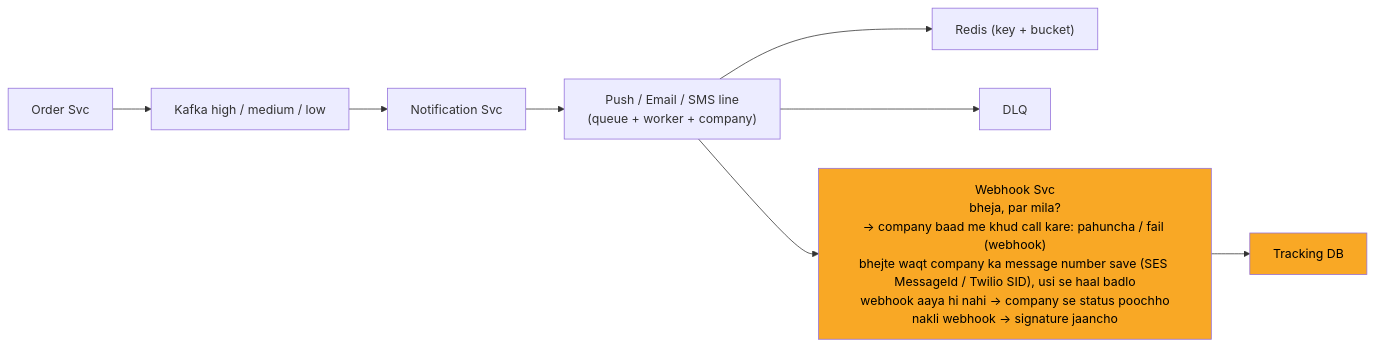
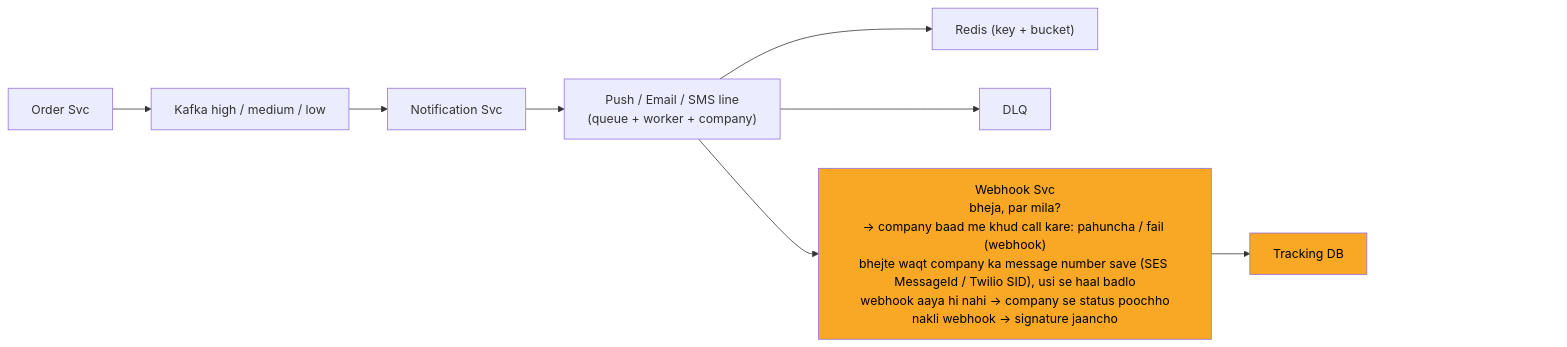
One commit to ArpanMaheshwari144/Prep changed the tenth of 13 diagrams in 04_HLD/SYSTEM_DESIGNS/04_notification_system/04_notification_system.md. Above: the diagram before and after it, drawn with Mermaid. The commit also changed other lines of this file and 13 other files, not shown here.

Commit message:
hld 14 file: har diagram ke daayein andekha dabba, zoom button asli dabbe pe na aaye

````diff
--- a/04_HLD/SYSTEM_DESIGNS/04_notification_system/04_notification_system.md
+++ b/04_HLD/SYSTEM_DESIGNS/04_notification_system/04_notification_system.md
@@ -408,21 +435,24 @@
 ```mermaid
 %%{init: {"flowchart": {"wrappingWidth": 450}}}%%
 flowchart LR
     n_Order_Svc["Order Svc"]
     n_Kafka["Kafka high / medium / low"]
     n_Notification_Svc["Notification Svc"]
     n_LINES["Push / Email / SMS line<br/>(queue + worker + company)"]
     n_Redis["Redis (key + bucket)"]
     n_DLQ["DLQ"]
     n_Webhook_Svc["Webhook Svc<br/>bheja, par mila?<br/>-> company baad me khud call kare: pahuncha / fail (webhook)<br/>bhejte waqt company ka message number save (SES MessageId / Twilio SID), usi se haal badlo<br/>webhook aaya hi nahi -> company se status poochho<br/>nakli webhook -> signature jaancho"]
     n_Tracking_DB["Tracking DB"]
     n_Order_Svc --> n_Kafka
     n_Kafka --> n_Notification_Svc
     n_Notification_Svc --> n_LINES
     n_LINES --> n_Redis
     n_LINES --> n_DLQ
     n_LINES --> n_Webhook_Svc
     n_Webhook_Svc --> n_Tracking_DB
+    n_pad["xxxxxxxxxxxxxxxx"]
+    n_Tracking_DB ~~~ n_pad
     style n_Webhook_Svc fill:#f9a825,color:#000
     style n_Tracking_DB fill:#f9a825,color:#000
+    style n_pad fill:none,stroke:none,color:#ffffff00
 ```
````
